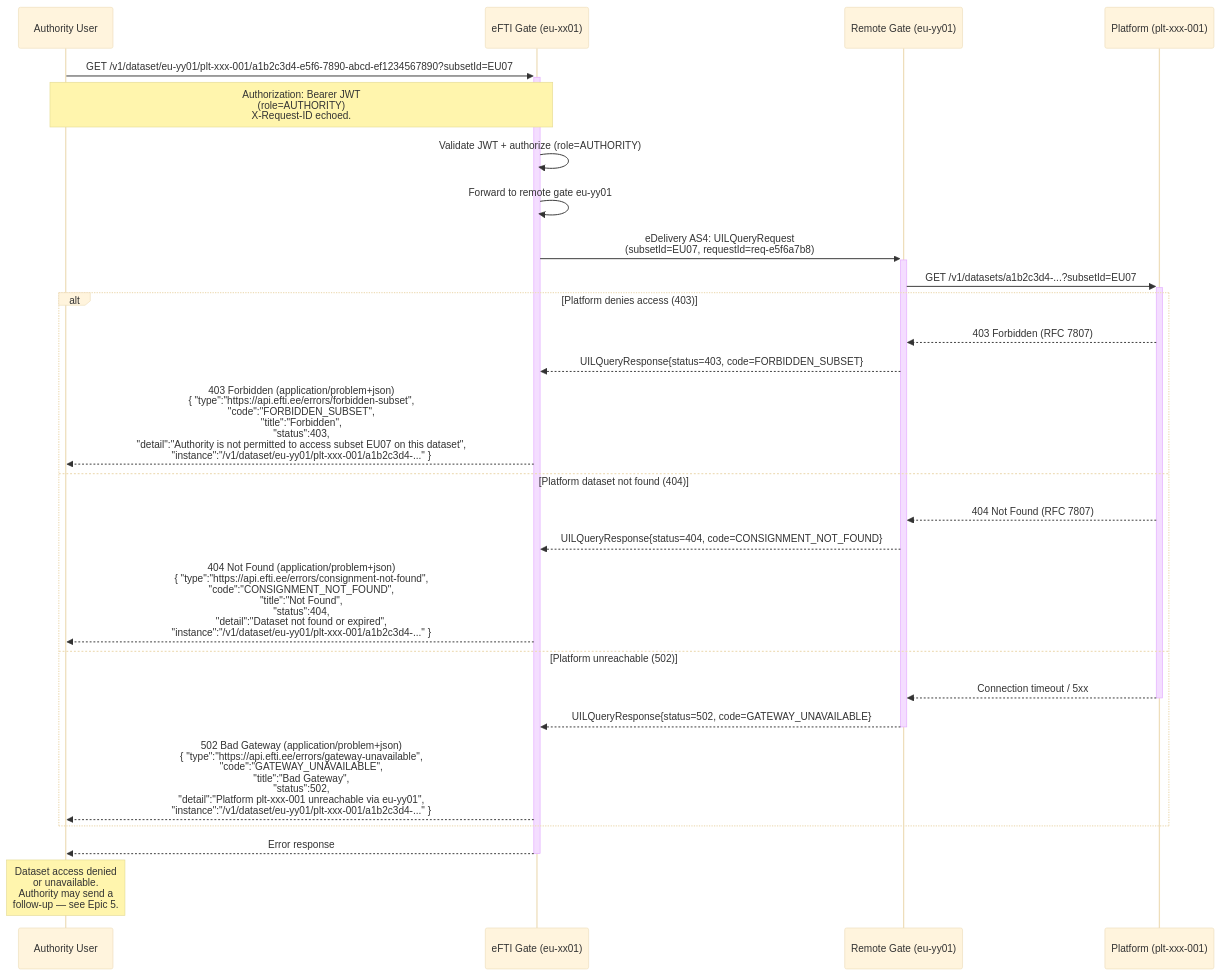
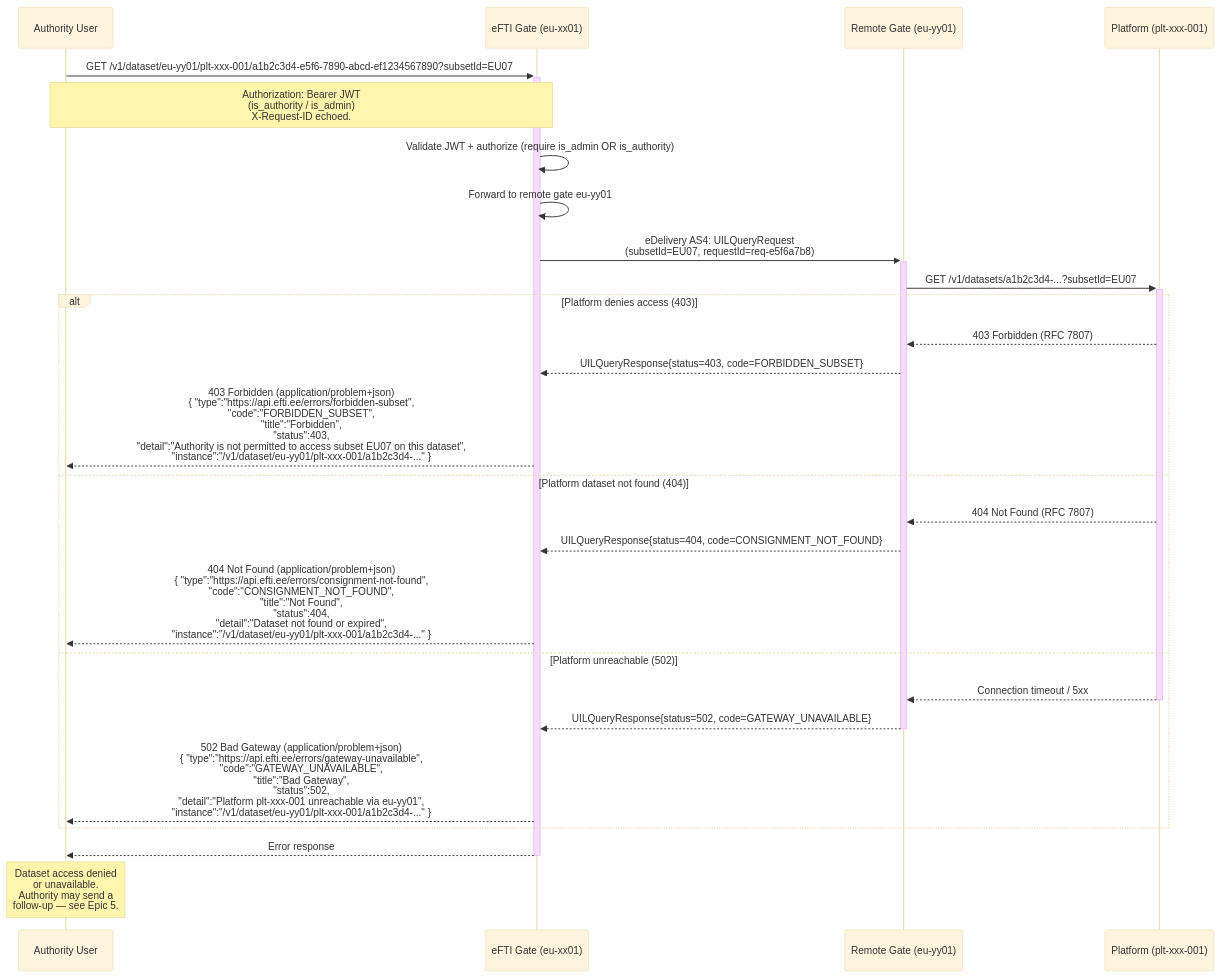
The diagram in docs/specs/diagrams/seq-06-dataset-request-denied.mmd (kemit-ee/efti-gate-ee), drawn with Mermaid (base theme) before and after one commit. The commit also changed 42 other files, not shown here.

```diff
--- a/docs/specs/diagrams/seq-06-dataset-request-denied.mmd
+++ b/docs/specs/diagrams/seq-06-dataset-request-denied.mmd
@@ -1,34 +1,34 @@
 sequenceDiagram
     participant Authority as Authority User
     participant GateEE as eFTI Gate (eu-xx01)
     participant GateFI as Remote Gate (eu-yy01)
     participant Platform as Platform (plt-xxx-001)
 
     Authority->>+GateEE: GET /v1/dataset/eu-yy01/plt-xxx-001/a1b2c3d4-e5f6-7890-abcd-ef1234567890?subsetId=EU07
-    Note over Authority,GateEE: Authorization: Bearer JWT<br/>(role=AUTHORITY)<br/>X-Request-ID echoed.
+    Note over Authority,GateEE: Authorization: Bearer JWT<br/>(is_authority / is_admin)<br/>X-Request-ID echoed.
 
-    GateEE->>GateEE: Validate JWT + authorize (role=AUTHORITY)
+    GateEE->>GateEE: Validate JWT + authorize (require is_admin OR is_authority)
     GateEE->>GateEE: Forward to remote gate eu-yy01
 
     GateEE->>+GateFI: eDelivery AS4: UILQueryRequest<br/>(subsetId=EU07, requestId=req-e5f6a7b8)
 
     GateFI->>+Platform: GET /v1/datasets/a1b2c3d4-...?subsetId=EU07
 
     alt Platform denies access (403)
         Platform-->>GateFI: 403 Forbidden (RFC 7807)
         GateFI-->>GateEE: UILQueryResponse{status=403, code=FORBIDDEN_SUBSET}
         GateEE-->>Authority: 403 Forbidden (application/problem+json)<br/>{ "type":"https://api.efti.ee/errors/forbidden-subset",<br/>  "code":"FORBIDDEN_SUBSET",<br/>  "title":"Forbidden",<br/>  "status":403,<br/>  "detail":"Authority is not permitted to access subset EU07 on this dataset",<br/>  "instance":"/v1/dataset/eu-yy01/plt-xxx-001/a1b2c3d4-..." }
 
     else Platform dataset not found (404)
         Platform-->>GateFI: 404 Not Found (RFC 7807)
         GateFI-->>GateEE: UILQueryResponse{status=404, code=CONSIGNMENT_NOT_FOUND}
         GateEE-->>Authority: 404 Not Found (application/problem+json)<br/>{ "type":"https://api.efti.ee/errors/consignment-not-found",<br/>  "code":"CONSIGNMENT_NOT_FOUND",<br/>  "title":"Not Found",<br/>  "status":404,<br/>  "detail":"Dataset not found or expired",<br/>  "instance":"/v1/dataset/eu-yy01/plt-xxx-001/a1b2c3d4-..." }
 
     else Platform unreachable (502)
         Platform-->>-GateFI: Connection timeout / 5xx
         GateFI-->>-GateEE: UILQueryResponse{status=502, code=GATEWAY_UNAVAILABLE}
         GateEE-->>Authority: 502 Bad Gateway (application/problem+json)<br/>{ "type":"https://api.efti.ee/errors/gateway-unavailable",<br/>  "code":"GATEWAY_UNAVAILABLE",<br/>  "title":"Bad Gateway",<br/>  "status":502,<br/>  "detail":"Platform plt-xxx-001 unreachable via eu-yy01",<br/>  "instance":"/v1/dataset/eu-yy01/plt-xxx-001/a1b2c3d4-..." }
     end
 
     GateEE-->>-Authority: Error response
     Note over Authority: Dataset access denied<br/>or unavailable.<br/>Authority may send a<br/>follow-up — see Epic 5.
```
